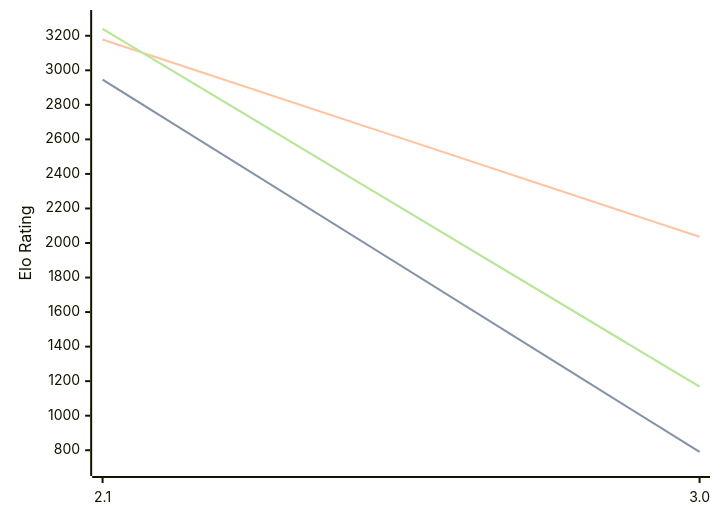
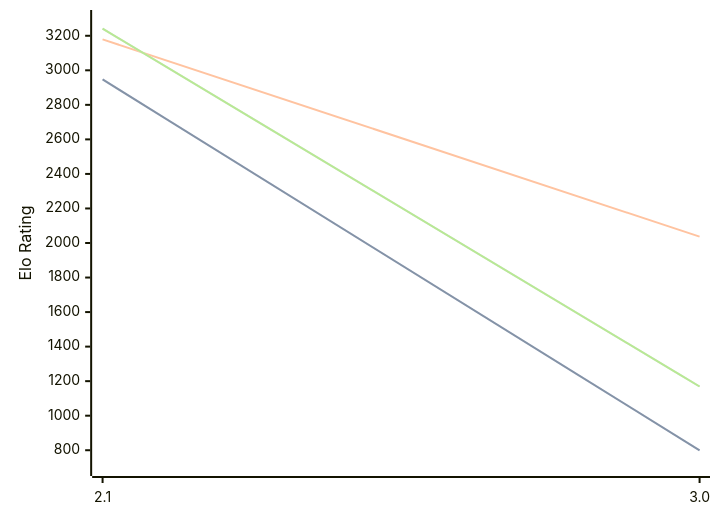
One commit to computer-chess-index/cci changed the diagram in engines/Quirky.md. Above: the diagram before and after it, drawn with Mermaid. The commit also changed other lines of this file, not shown here.

Commit message:
Update CCI Ratings (ELO VLTC) - 2026-07-24

````diff
--- a/engines/Quirky.md
+++ b/engines/Quirky.md
@@ -34,11 +34,11 @@
 ```mermaid
 %%{init: {"theme":"base","themeVariables":{"seriesColors:['#a3a3a3','#222221','#faa371']}}}%%
 xychart-beta
   x-axis ["2.1", "3.0"]
   y-axis "Elo Rating" 700 --> 3300
-  line "STC (8.0+0.08s)" [2946, 790]
-  line "STC (8.0+0.08s)" [2946, 790]
-  line "LTC (60.0+0.60s)" [3178, 2036]
-  line "VLTC (2m24s+1.12s)" [3240, 1168]
-  line "VLTC (2m24s+1.12s)" [3240, 1168]
+  line "STC (8.0+0.08s)" [2947, 799]
+  line "STC (8.0+0.08s)" [2947, 799]
+  line "LTC (60.0+0.60s)" [3179, 2037]
+  line "VLTC (2m24s+1.12s)" [3241, 1169]
+  line "VLTC (2m24s+1.12s)" [3241, 1169]
 ```
````
